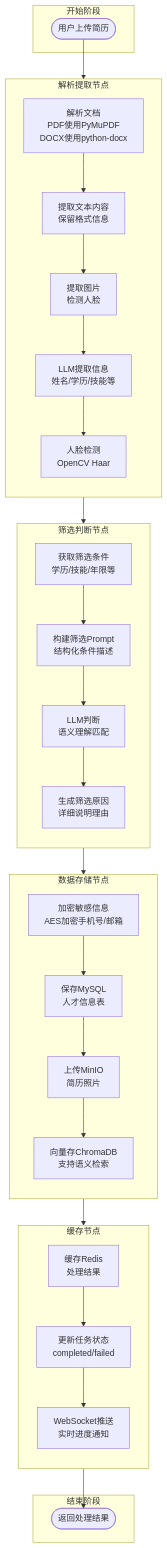
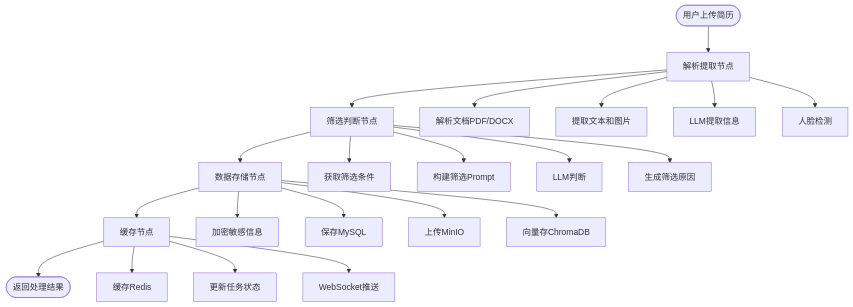
The fifth of 14 diagrams in README.md (xt765/ResumeScreening), drawn with Mermaid before and after one commit. The commit also changed other lines of this file and 5 other files, not shown here.

First line of the commit message:
docs: 全面更新文档，修复Mermaid图表兼容性

````diff
--- a/README.md
+++ b/README.md
@@ -256,52 +267,27 @@
 ```mermaid
 graph TB
-    subgraph 开始["开始阶段"]
-        A([用户上传简历])
-    end
+    A([用户上传简历]) --> B[解析提取节点]
+    B --> C[筛选判断节点]
+    C --> D[数据存储节点]
+    D --> E[缓存节点]
+    E --> F([返回处理结果])
     
-    subgraph ParseExtractNode["解析提取节点"]
-        direction TB
-        B1[解析文档<br/>PDF使用PyMuPDF<br/>DOCX使用python-docx]
-        B2[提取文本内容<br/>保留格式信息]
-        B3[提取图片<br/>检测人脸]
-        B4[LLM提取信息<br/>姓名/学历/技能等]
-        B5[人脸检测<br/>OpenCV Haar]
-        B1 --> B2 --> B3 --> B4 --> B5
-    end
+    B --> B1[解析文档PDF/DOCX]
+    B --> B2[提取文本和图片]
+    B --> B3[LLM提取信息]
+    B --> B4[人脸检测]
     
-    subgraph FilterNode["筛选判断节点"]
-        direction TB
-        C1[获取筛选条件<br/>学历/技能/年限等]
-        C2[构建筛选Prompt<br/>结构化条件描述]
-        C3[LLM判断<br/>语义理解匹配]
-        C4[生成筛选原因<br/>详细说明理由]
-        C1 --> C2 --> C3 --> C4
-    end
+    C --> C1[获取筛选条件]
+    C --> C2[构建筛选Prompt]
+    C --> C3[LLM判断]
+    C --> C4[生成筛选原因]
     
-    subgraph StoreNode["数据存储节点"]
-        direction TB
-        D1[加密敏感信息<br/>AES加密手机号/邮箱]
-        D2[保存MySQL<br/>人才信息表]
-        D3[上传MinIO<br/>简历照片]
-        D4[向量存ChromaDB<br/>支持语义检索]
-        D1 --> D2 --> D3 --> D4
-    end
+    D --> D1[加密敏感信息]
+    D --> D2[保存MySQL]
+    D --> D3[上传MinIO]
+    D --> D4[向量存ChromaDB]
     
-    subgraph CacheNode["缓存节点"]
-        direction TB
-        E1[缓存Redis<br/>处理结果]
-        E2[更新任务状态<br/>completed/failed]
-        E3[WebSocket推送<br/>实时进度通知]
-        E1 --> E2 --> E3
-    end
-    
-    subgraph 结束["结束阶段"]
-        F([返回处理结果])
-    end
-    
-    A --> B1
-    B5 --> C1
-    C4 --> D1
-    D4 --> E1
-    E3 --> F
+    E --> E1[缓存Redis]
+    E --> E2[更新任务状态]
+    E --> E3[WebSocket推送]
 ```
````
